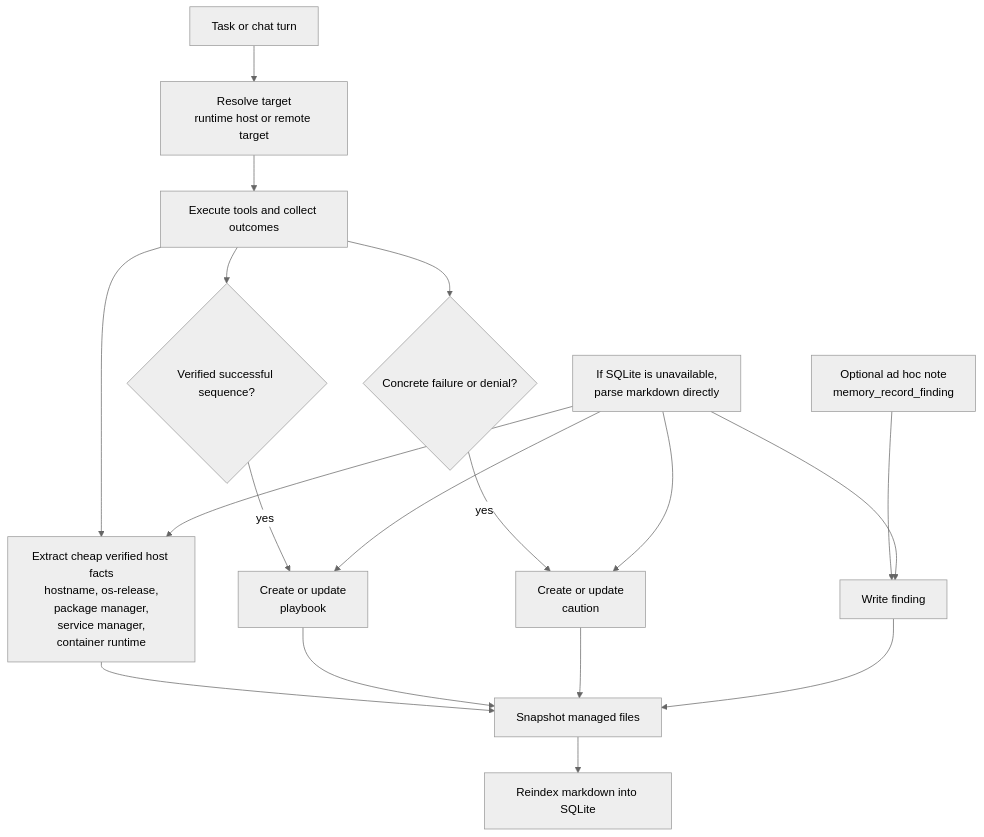
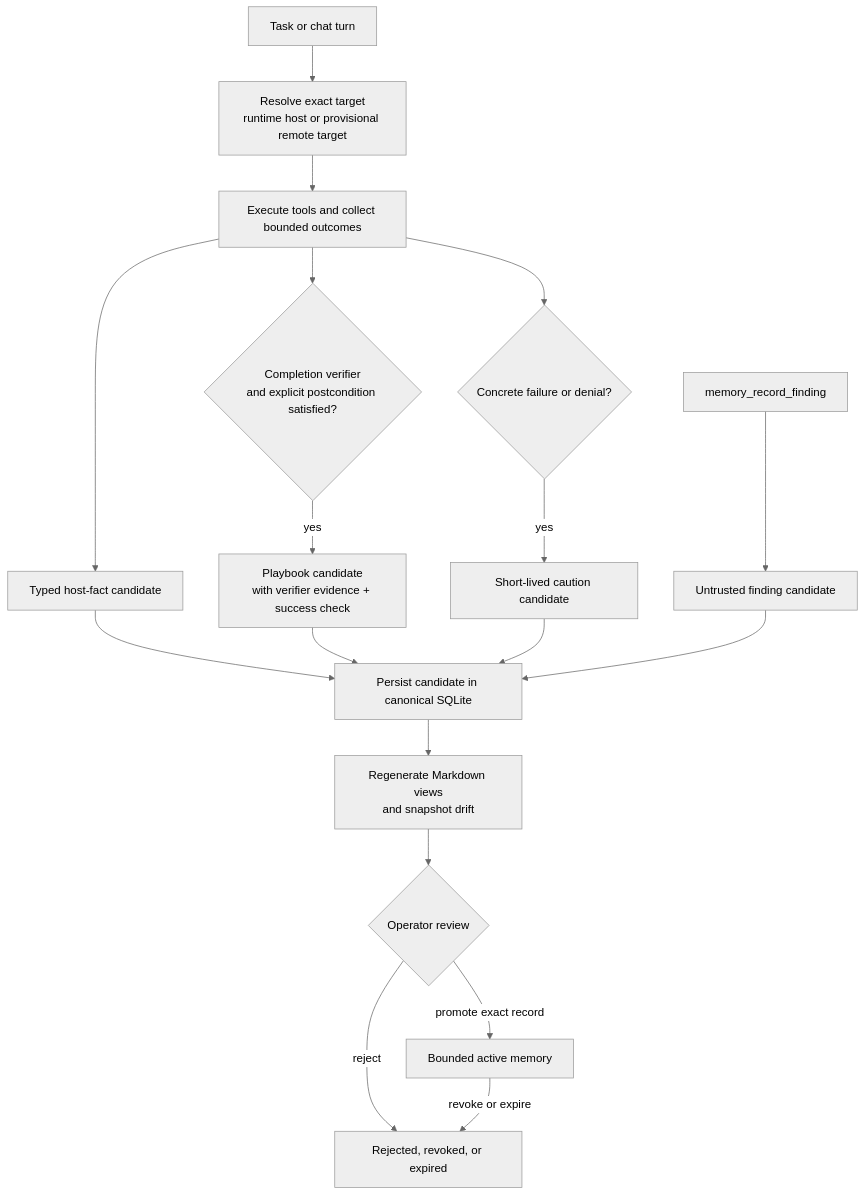
One commit to Glebenator/CvkeHarness changed the fifth of 8 diagrams in docs/project-visual-guide.md. Above: the diagram before and after it, drawn with Mermaid (neutral theme). The commit also changed other lines of this file and 4 other files, not shown here.

Commit message:
Document canonical operational memory

````diff
--- a/docs/project-visual-guide.md
+++ b/docs/project-visual-guide.md
@@ -182,32 +182,30 @@
 ```mermaid
 flowchart TD
     task["Task or chat turn"]
-    resolve["Resolve target\nruntime host or remote target"]
-    run["Execute tools and collect outcomes"]
-    facts["Extract cheap verified host facts\nhostname, os-release,\npackage manager,\nservice manager,\ncontainer runtime"]
-    success{"Verified successful sequence?"}
-    playbook["Create or update\nplaybook"]
+    resolve["Resolve exact target\nruntime host or provisional remote target"]
+    run["Execute tools and collect bounded outcomes"]
+    verifier{"Completion verifier\nand explicit postcondition satisfied?"}
+    fact["Typed host-fact candidate"]
+    playbook["Playbook candidate\nwith verifier evidence + success check"]
     failure{"Concrete failure or denial?"}
-    caution["Create or update\ncaution"]
-    note["Optional ad hoc note\nmemory_record_finding"]
-    findings["Write finding"]
-    snapshot["Snapshot managed files"]
-    reindex["Reindex markdown into SQLite"]
-    fallback["If SQLite is unavailable,\nparse markdown directly"]
+    caution["Short-lived caution candidate"]
+    note["memory_record_finding"]
+    finding["Untrusted finding candidate"]
+    sqlite["Persist candidate in canonical SQLite"]
+    views["Regenerate Markdown views\nand snapshot drift"]
+    review{"Operator review"}
+    active["Bounded active memory"]
+    terminal["Rejected, revoked, or expired"]
 
     task --> resolve --> run
-    run --> facts
-    run --> success
-    success -- "yes" --> playbook
+    run --> fact --> sqlite
+    run --> verifier
+    verifier -- "yes" --> playbook --> sqlite
     run --> failure
-    failure -- "yes" --> caution
-    note --> findings
-    facts --> snapshot
-    playbook --> snapshot
-    caution --> snapshot
-    findings --> snapshot --> reindex
-    fallback --> facts
-    fallback --> playbook
-    fallback --> caution
-    fallback --> findings
+    failure -- "yes" --> caution --> sqlite
+    note --> finding --> sqlite
+    sqlite --> views --> review
+    review -- "promote exact record" --> active
+    review -- "reject" --> terminal
+    active -- "revoke or expire" --> terminal
 ```
````
